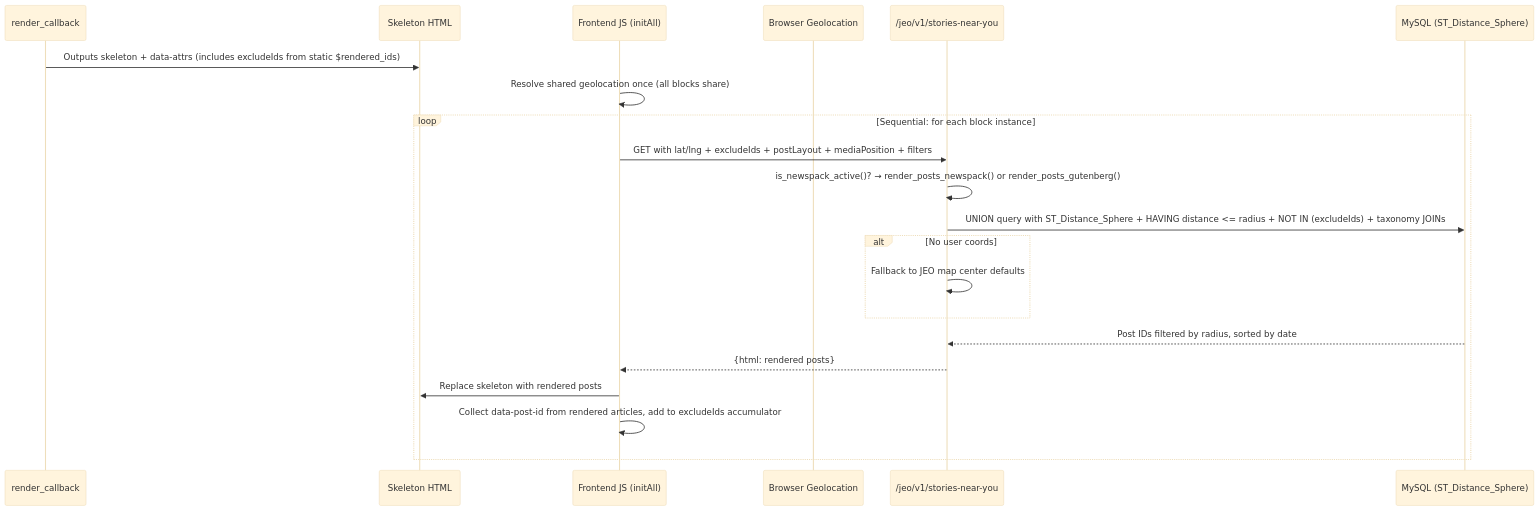
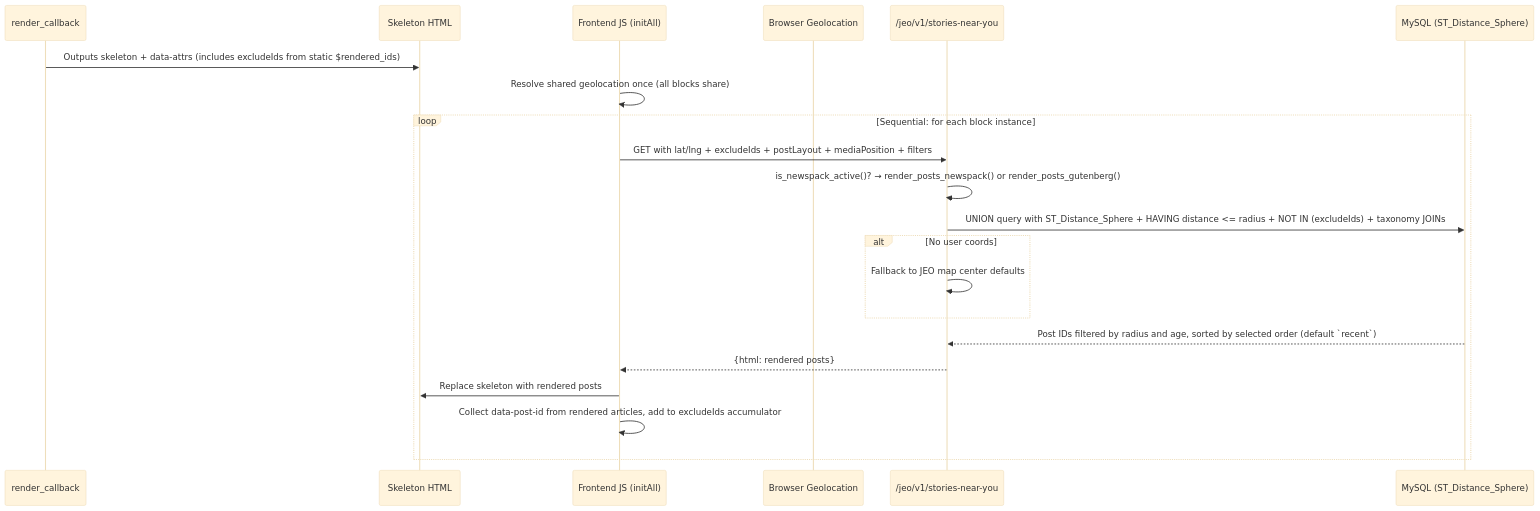
One commit to InfoAmazonia/jeo-plugin changed the diagram in .architecture/stories-near-you/README.md. Above: the diagram before and after it, drawn with Mermaid (base theme). The commit also changed other lines of this file and 27 other files, not shown here.

````diff
--- a/.architecture/stories-near-you/README.md
+++ b/.architecture/stories-near-you/README.md
@@ -85,24 +98,24 @@
 ```mermaid
 sequenceDiagram
     participant PHP as render_callback
     participant HTML as Skeleton HTML
     participant JS as Frontend JS (initAll)
     participant GEO as Browser Geolocation
     participant REST as /jeo/v1/stories-near-you
     participant DB as MySQL (ST_Distance_Sphere)
 
     PHP->>HTML: Outputs skeleton + data-attrs (includes excludeIds from static $rendered_ids)
     JS->>JS: Resolve shared geolocation once (all blocks share)
     loop Sequential: for each block instance
         JS->>REST: GET with lat/lng + excludeIds + postLayout + mediaPosition + filters
         REST->>REST: is_newspack_active()? → render_posts_newspack() or render_posts_gutenberg()
         REST->>DB: UNION query with ST_Distance_Sphere + HAVING distance <= radius + NOT IN (excludeIds) + taxonomy JOINs
         alt No user coords
             REST->>REST: Fallback to JEO map center defaults
         end
-        DB-->>REST: Post IDs filtered by radius, sorted by date
+        DB-->>REST: Post IDs filtered by radius and age, sorted by selected order (default `recent`)
         REST-->>JS: {html: rendered posts}
         JS->>HTML: Replace skeleton with rendered posts
         JS->>JS: Collect data-post-id from rendered articles, add to excludeIds accumulator
     end
 ```
````
